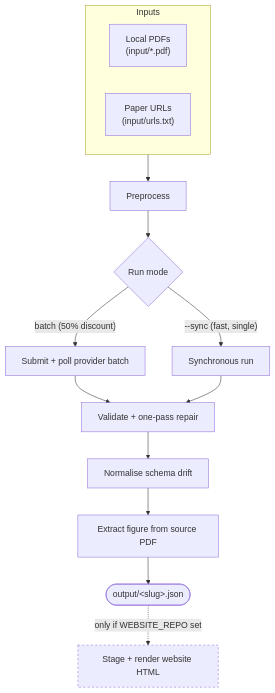
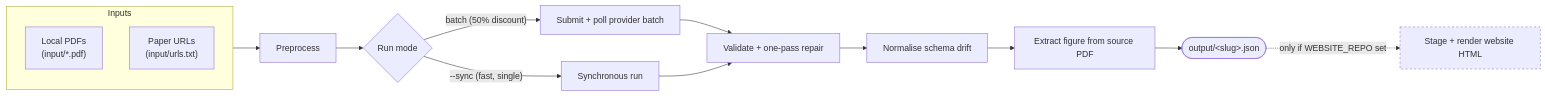
One commit to aw-pr/explainer-batch changed the diagram in README.md. Above: the diagram before and after it, drawn with Mermaid.

Commit message:
docs: render architecture diagram left-to-right to reduce vertical space

````diff
--- a/README.md
+++ b/README.md
@@ -26,24 +26,24 @@
 ```mermaid
-flowchart TD
+flowchart LR
   subgraph IN["Inputs"]
     A1["Local PDFs<br/>(input/*.pdf)"]
     A2["Paper URLs<br/>(input/urls.txt)"]
   end
 
   IN --> B["Preprocess"]
 
   B --> C{"Run mode"}
   C -->|"batch (50% discount)"| D["Submit + poll provider batch"]
   C -->|"--sync (fast, single)"| E["Synchronous run"]
 
   D --> F["Validate + one-pass repair"]
   E --> F
   F --> G["Normalise schema drift"]
   G --> H["Extract figure from source PDF"]
   H --> R(["output/&lt;slug&gt;.json"])
 
   R -. "only if WEBSITE_REPO set" .-> S["Stage + render website HTML"]
 
   classDef opt stroke-dasharray:4 4;
   class S opt;
 ```
````
